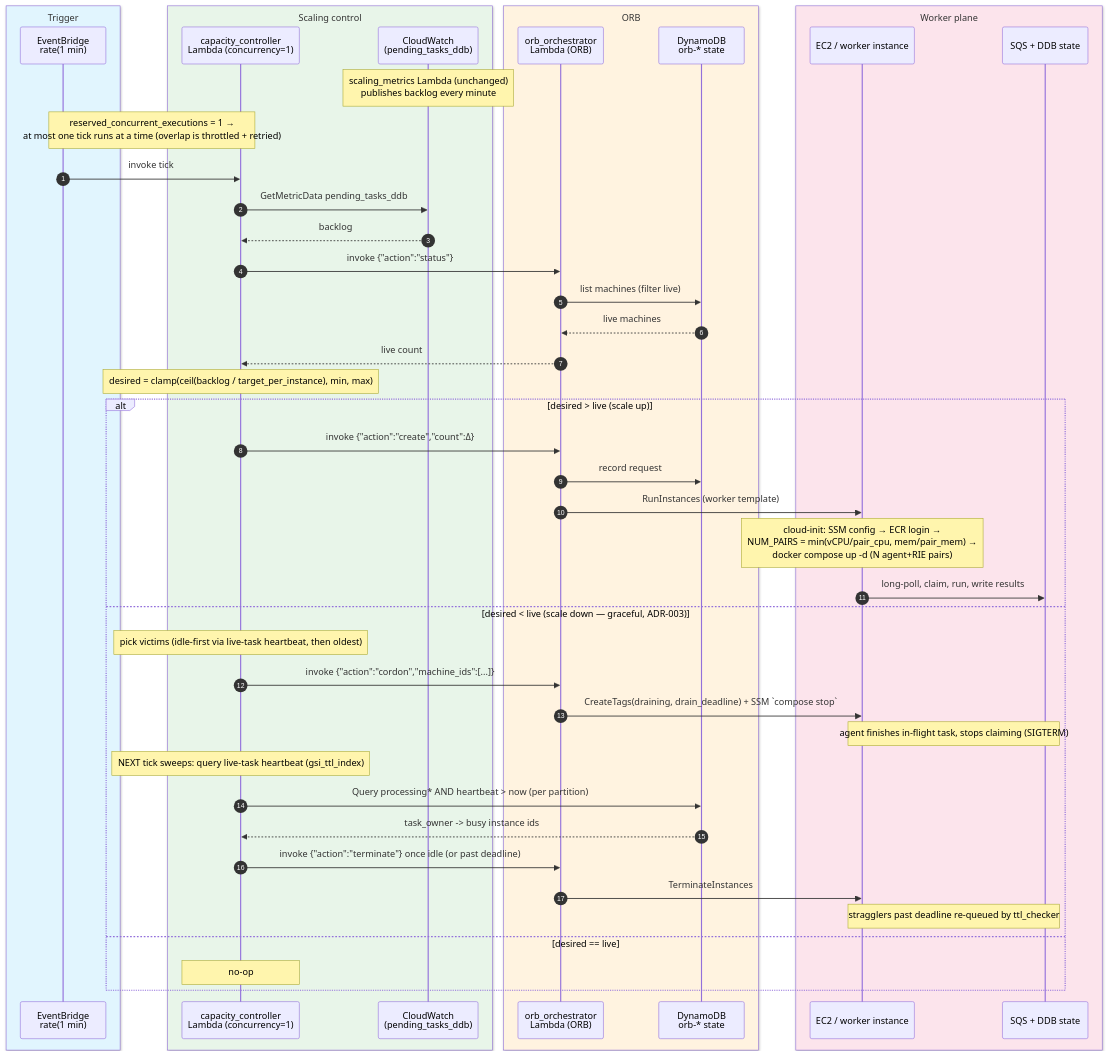
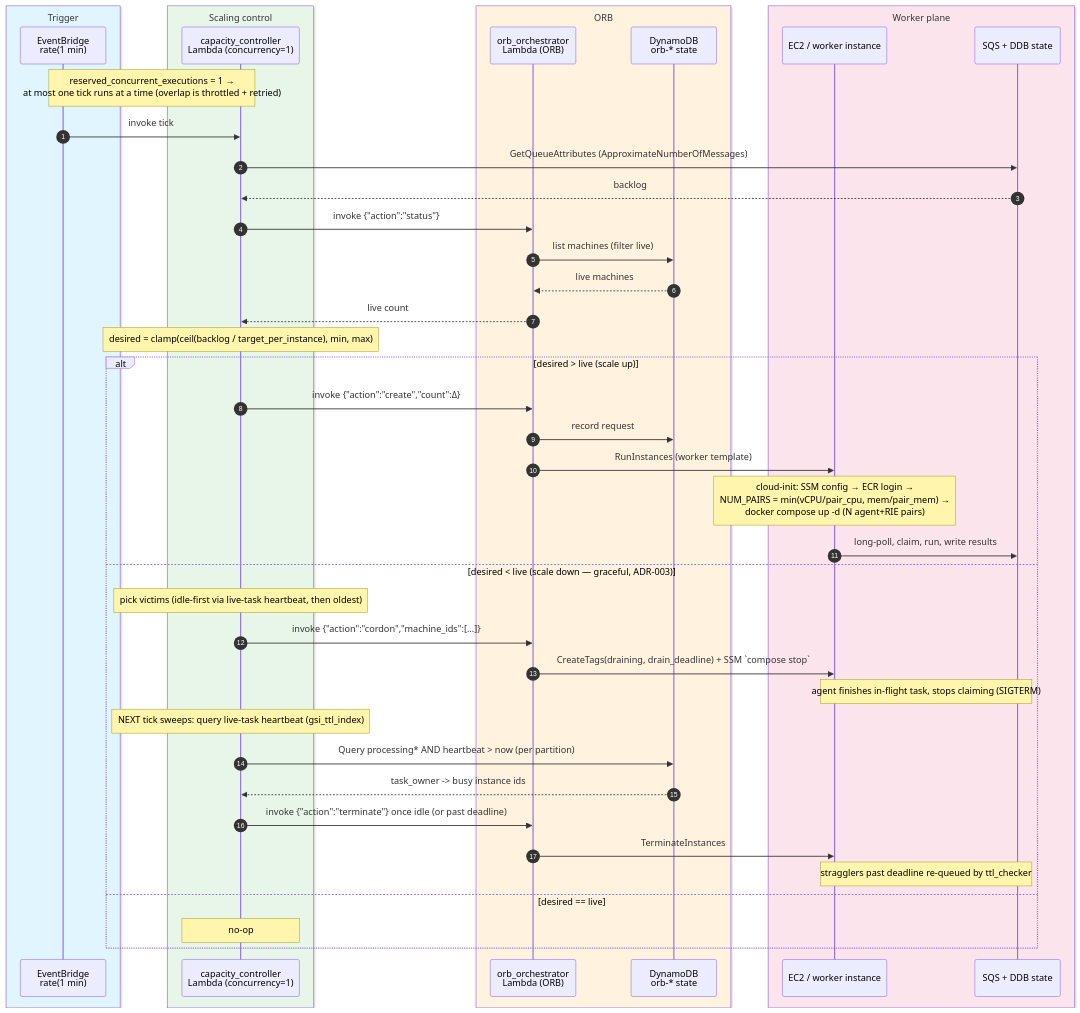
The second of 2 diagrams in docs/diagrams/ec2-scaling-sequence.md (kirillsc/aws-htc-grid), drawn with Mermaid before and after one commit. The commit also changed other lines of this file and 12 other files, not shown here.

First line of the commit message:
feat(aws): read SQS backlog directly in capacity_controller

````diff
--- a/docs/diagrams/ec2-scaling-sequence.md
+++ b/docs/diagrams/ec2-scaling-sequence.md
@@ -47,53 +49,50 @@
 ```mermaid
 sequenceDiagram
     autonumber
     box rgb(225,245,254) Trigger
         participant EB as EventBridge<br/>rate(1 min)
     end
     box rgb(232,245,233) Scaling control
         participant CTL as capacity_controller<br/>Lambda (concurrency=1)
-        participant CW as CloudWatch<br/>(pending_tasks_ddb)
     end
     box rgb(255,243,224) ORB
         participant ORB as orb_orchestrator<br/>Lambda (ORB)
         participant DDB as DynamoDB<br/>orb-* state
     end
     box rgb(252,228,236) Worker plane
         participant EC2 as EC2 / worker instance
         participant SQS as SQS + DDB state
     end
 
-    Note over CW: scaling_metrics Lambda (unchanged)<br/>publishes backlog every minute
-
     Note over EB,CTL: reserved_concurrent_executions = 1 →<br/>at most one tick runs at a time (overlap is throttled + retried)
 
     EB->>CTL: invoke tick
-    CTL->>CW: GetMetricData pending_tasks_ddb
-    CW-->>CTL: backlog
+    CTL->>SQS: GetQueueAttributes (ApproximateNumberOfMessages)
+    SQS-->>CTL: backlog
     CTL->>ORB: invoke {"action":"status"}
     ORB->>DDB: list machines (filter live)
     DDB-->>ORB: live machines
     ORB-->>CTL: live count
     Note over CTL: desired = clamp(ceil(backlog / target_per_instance), min, max)
 
     alt desired > live  (scale up)
         CTL->>ORB: invoke {"action":"create","count":Δ}
         ORB->>DDB: record request
         ORB->>EC2: RunInstances (worker template)
         Note over EC2: cloud-init: SSM config → ECR login →<br/>NUM_PAIRS = min(vCPU/pair_cpu, mem/pair_mem) →<br/>docker compose up -d (N agent+RIE pairs)
         EC2->>SQS: long-poll, claim, run, write results
     else desired < live  (scale down — graceful, ADR-003)
         Note over CTL: pick victims (idle-first via live-task heartbeat, then oldest)
         CTL->>ORB: invoke {"action":"cordon","machine_ids":[...]}
         ORB->>EC2: CreateTags(draining, drain_deadline) + SSM `compose stop`
         Note over EC2,SQS: agent finishes in-flight task, stops claiming (SIGTERM)
         Note over CTL: NEXT tick sweeps: query live-task heartbeat (gsi_ttl_index)
         CTL->>DDB: Query processing* AND heartbeat > now (per partition)
         DDB-->>CTL: task_owner -> busy instance ids
         CTL->>ORB: invoke {"action":"terminate"} once idle (or past deadline)
         ORB->>EC2: TerminateInstances
         Note over EC2,SQS: stragglers past deadline re-queued by ttl_checker
     else desired == live
         Note over CTL: no-op
     end
 ```
````
